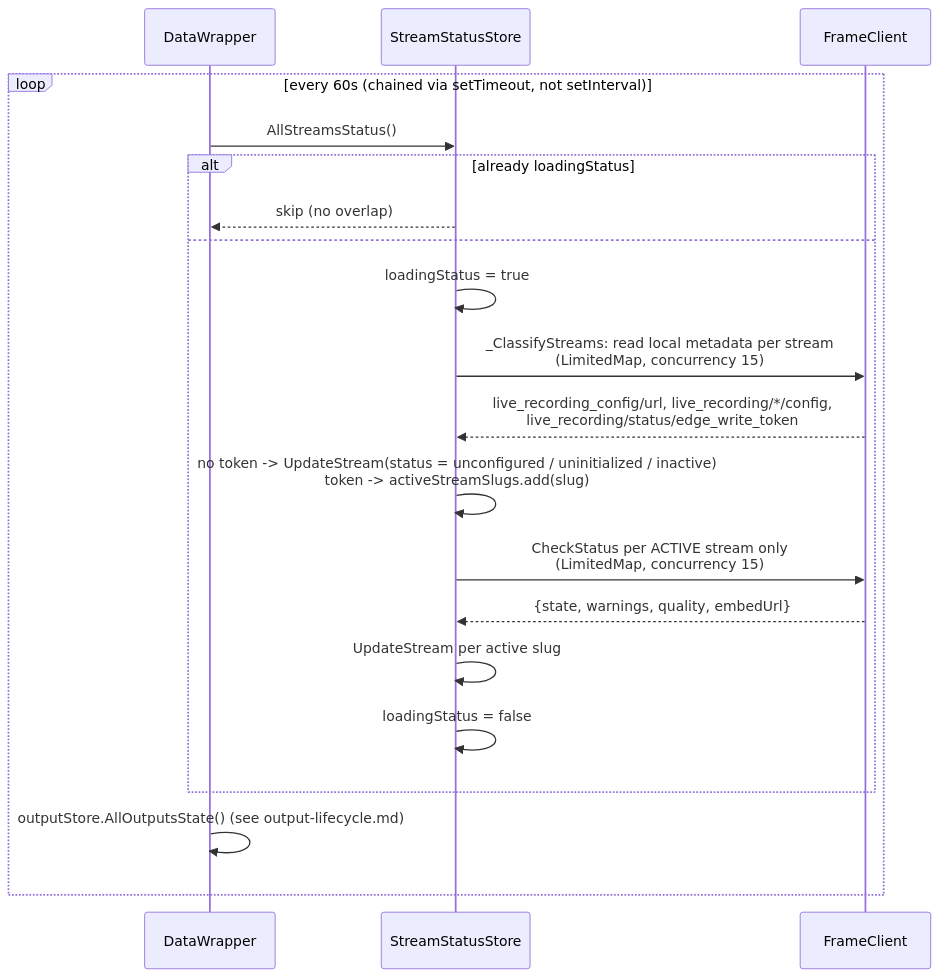
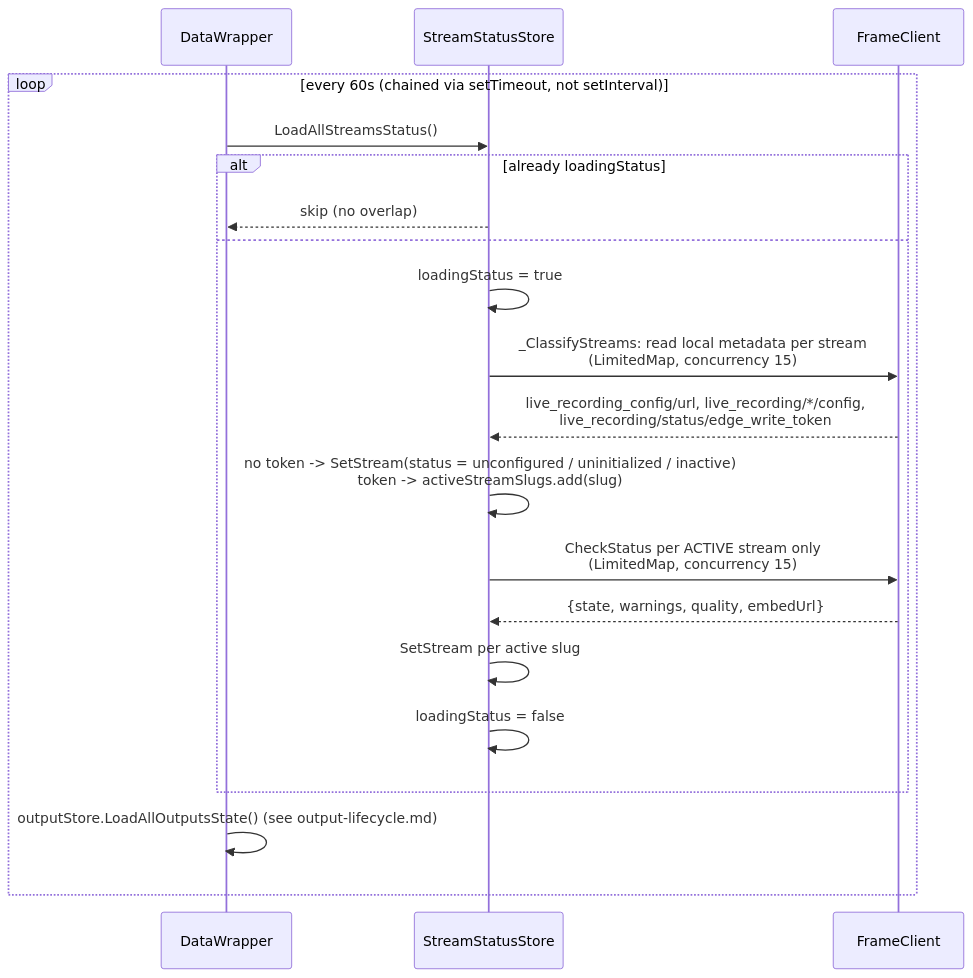
One commit to eluv-io/elv-live-stream changed the fourth of 4 diagrams in docs/diagrams/stream-lifecycle.md. Above: the diagram before and after it, drawn with Mermaid. The commit also changed other lines of this file and 29 other files, not shown here.

````diff
--- a/docs/diagrams/stream-lifecycle.md
+++ b/docs/diagrams/stream-lifecycle.md
@@ -88,23 +88,23 @@
 ```mermaid
 sequenceDiagram
     participant DataWrapper
     participant StreamStatusStore
     participant FrameClient
 
     loop every 60s (chained via setTimeout, not setInterval)
-        DataWrapper->>StreamStatusStore: AllStreamsStatus()
+        DataWrapper->>StreamStatusStore: LoadAllStreamsStatus()
         alt already loadingStatus
             StreamStatusStore-->>DataWrapper: skip (no overlap)
         else
             StreamStatusStore->>StreamStatusStore: loadingStatus = true
             StreamStatusStore->>FrameClient: _ClassifyStreams: read local metadata per stream<br/>(LimitedMap, concurrency 15)
             FrameClient-->>StreamStatusStore: live_recording_config/url, live_recording/*/config,<br/>live_recording/status/edge_write_token
-            StreamStatusStore->>StreamStatusStore: no token -> UpdateStream(status = unconfigured / uninitialized / inactive)<br/>token -> activeStreamSlugs.add(slug)
+            StreamStatusStore->>StreamStatusStore: no token -> SetStream(status = unconfigured / uninitialized / inactive)<br/>token -> activeStreamSlugs.add(slug)
             StreamStatusStore->>FrameClient: CheckStatus per ACTIVE stream only<br/>(LimitedMap, concurrency 15)
             FrameClient-->>StreamStatusStore: {state, warnings, quality, embedUrl}
-            StreamStatusStore->>StreamStatusStore: UpdateStream per active slug
+            StreamStatusStore->>StreamStatusStore: SetStream per active slug
             StreamStatusStore->>StreamStatusStore: loadingStatus = false
         end
-        DataWrapper->>DataWrapper: outputStore.AllOutputsState() (see output-lifecycle.md)
+        DataWrapper->>DataWrapper: outputStore.LoadAllOutputsState() (see output-lifecycle.md)
     end
 ```
````
